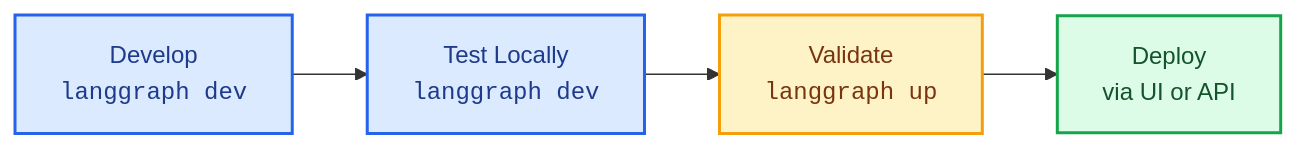
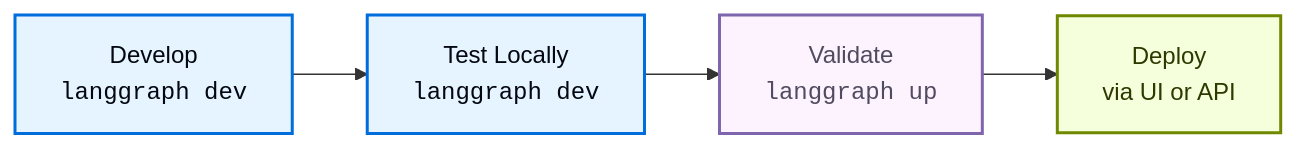
One commit to kunfan96/cndocs-langchain changed the diagram in langsmith/local-dev-testing.mdx. Above: the diagram before and after it, drawn with Mermaid. The commit also changed 2538 other files, not shown here.

````diff
--- a/langsmith/local-dev-testing.mdx
+++ b/langsmith/local-dev-testing.mdx
@@ -32,9 +32,9 @@
 ```mermaid
 flowchart LR
     A["Develop<br/><code>langgraph dev</code>"] --> B["Test Locally<br/><code>langgraph dev</code>"] --> C["Validate<br/><code>langgraph up</code>"] --> D["Deploy<br/>via UI or API"]
 
-    style A fill:#DBEAFE,stroke:#2563EB,stroke-width:2px,color:#1E3A8A
-    style B fill:#DBEAFE,stroke:#2563EB,stroke-width:2px,color:#1E3A8A
-    style C fill:#FEF3C7,stroke:#F59E0B,stroke-width:2px,color:#78350F
-    style D fill:#DCFCE7,stroke:#16A34A,stroke-width:2px,color:#14532D
+    style A fill:#E5F4FF,stroke:#006DDD,stroke-width:2px,color:#030710
+    style B fill:#E5F4FF,stroke:#006DDD,stroke-width:2px,color:#030710
+    style C fill:#FDF3FF,stroke:#7E65AE,stroke-width:2px,color:#504B5F
+    style D fill:#F6FFDB,stroke:#6E8900,stroke-width:2px,color:#2E3900
 ```
````
